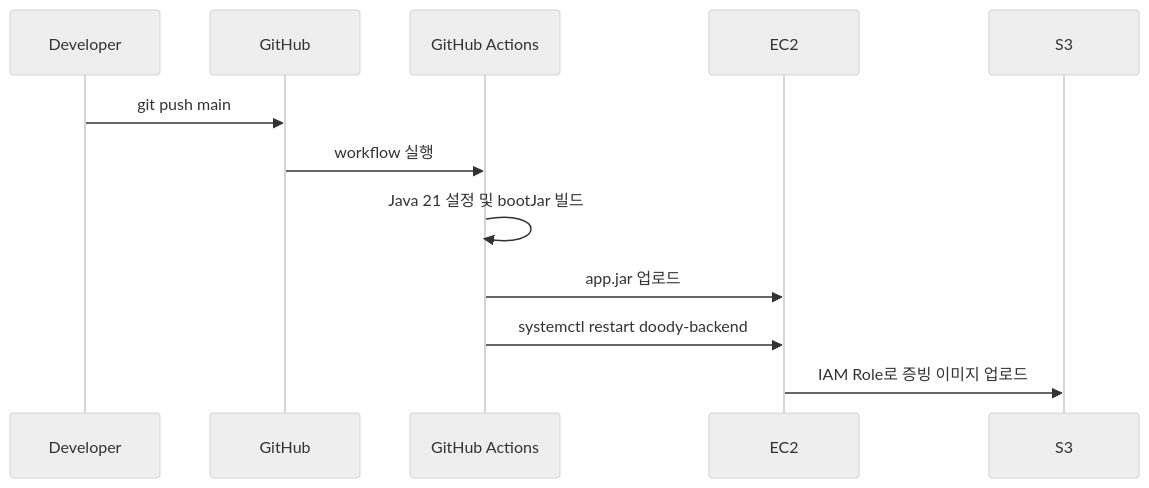
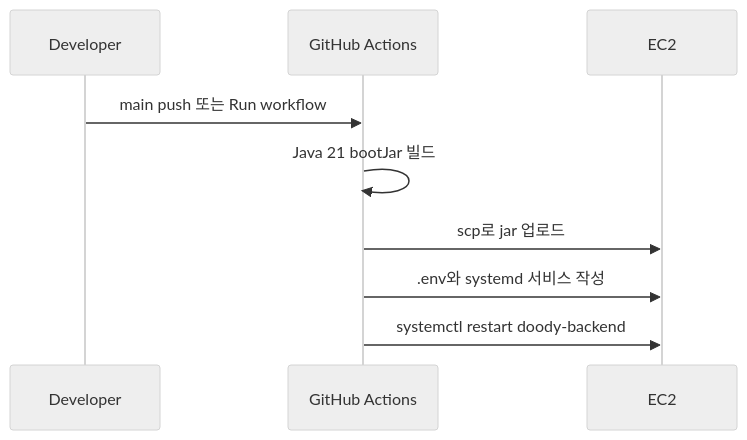
The second of 2 diagrams in DEPLOY_EC2_GITHUB_ACTIONS.md (HanaDoody/doody-backend), drawn with Mermaid (neutral theme) before and after one commit. The commit also changed other lines of this file and 1 other file, not shown here.

````diff
--- a/DEPLOY_EC2_GITHUB_ACTIONS.md
+++ b/DEPLOY_EC2_GITHUB_ACTIONS.md
@@ -8,15 +36,12 @@
 ```mermaid
 sequenceDiagram
     participant Dev as Developer
-    participant GH as GitHub
     participant GA as GitHub Actions
     participant EC2 as EC2
-    participant S3 as S3
 
-    Dev->>GH: git push main
-    GH->>GA: workflow 실행
-    GA->>GA: Java 21 설정 및 bootJar 빌드
-    GA->>EC2: app.jar 업로드
+    Dev->>GA: main push 또는 Run workflow
+    GA->>GA: Java 21 bootJar 빌드
+    GA->>EC2: scp로 jar 업로드
+    GA->>EC2: .env와 systemd 서비스 작성
     GA->>EC2: systemctl restart doody-backend
-    EC2->>S3: IAM Role로 증빙 이미지 업로드
 ```
````
